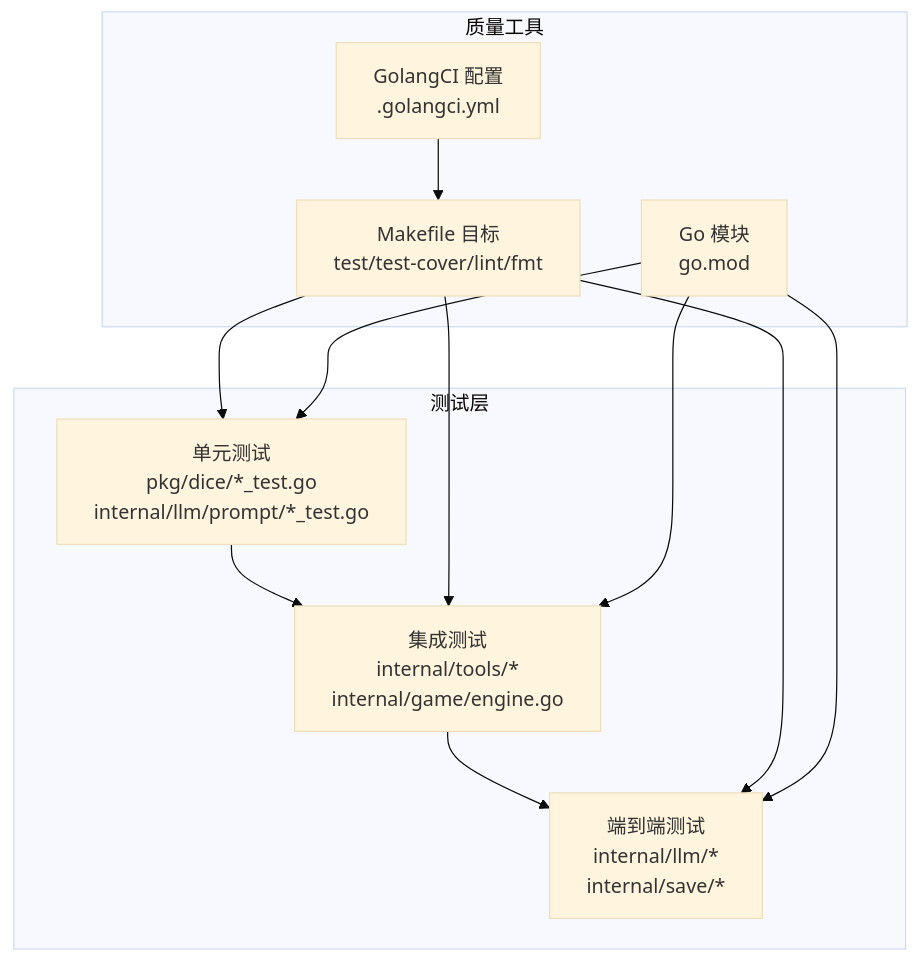
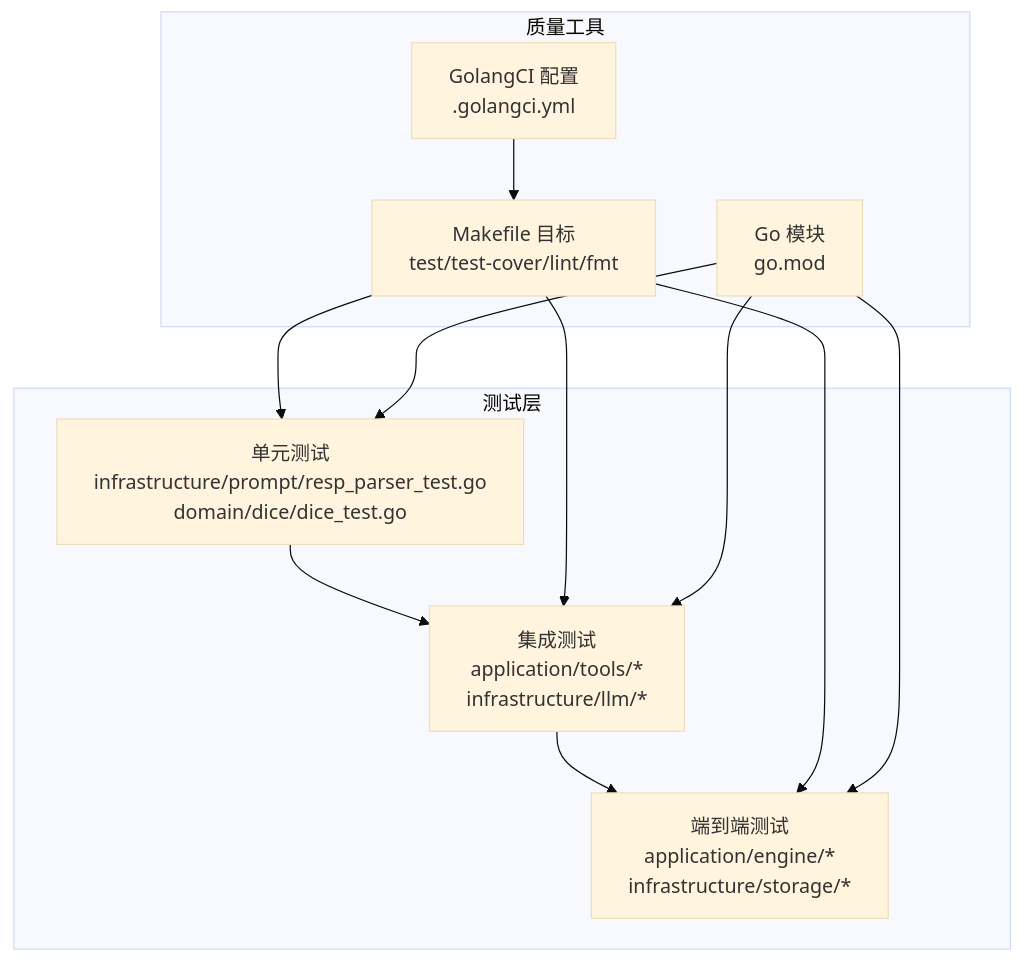
One commit to zwh8800/cdnd changed the first of 8 diagrams in .qoder/repowiki/zh/content/测试与质量保证.md. Above: the diagram before and after it, drawn with Mermaid (base theme). The commit also changed other lines of this file and 2 other files, not shown here.

````diff
--- a/.qoder/repowiki/zh/content/测试与质量保证.md
+++ b/.qoder/repowiki/zh/content/测试与质量保证.md
@@ -49,22 +48,22 @@
 ```mermaid
 graph TB
 subgraph "测试层"
-UT["单元测试<br/>pkg/dice/*_test.go<br/>internal/llm/prompt/*_test.go"]
-IT["集成测试<br/>internal/tools/*<br/>internal/game/engine.go"]
-E2E["端到端测试<br/>internal/llm/*<br/>internal/save/*"]
+UT["单元测试<br/>infrastructure/prompt/resp_parser_test.go<br/>domain/dice/dice_test.go"]
+IT["集成测试<br/>application/tools/*<br/>infrastructure/llm/*"]
+E2E["端到端测试<br/>application/engine/*<br/>infrastructure/storage/*"]
 end
 subgraph "质量工具"
 MK["Makefile 目标<br/>test/test-cover/lint/fmt"]
 GC["GolangCI 配置<br/>.golangci.yml"]
 MOD["Go 模块<br/>go.mod"]
 end
 UT --> IT
 IT --> E2E
 MK --> UT
 MK --> IT
 MK --> E2E
 GC --> MK
 MOD --> UT
 MOD --> IT
 MOD --> E2E
 ```
````
